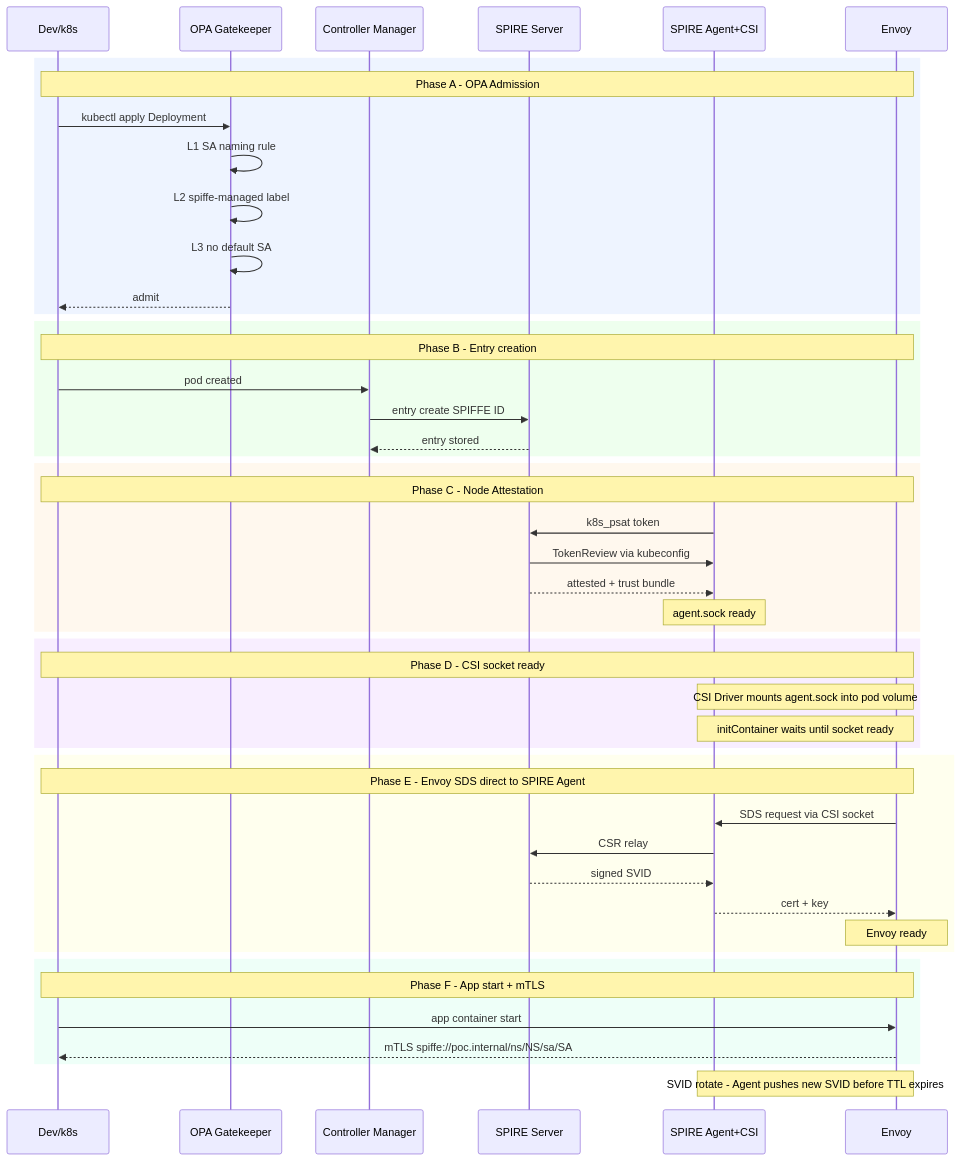
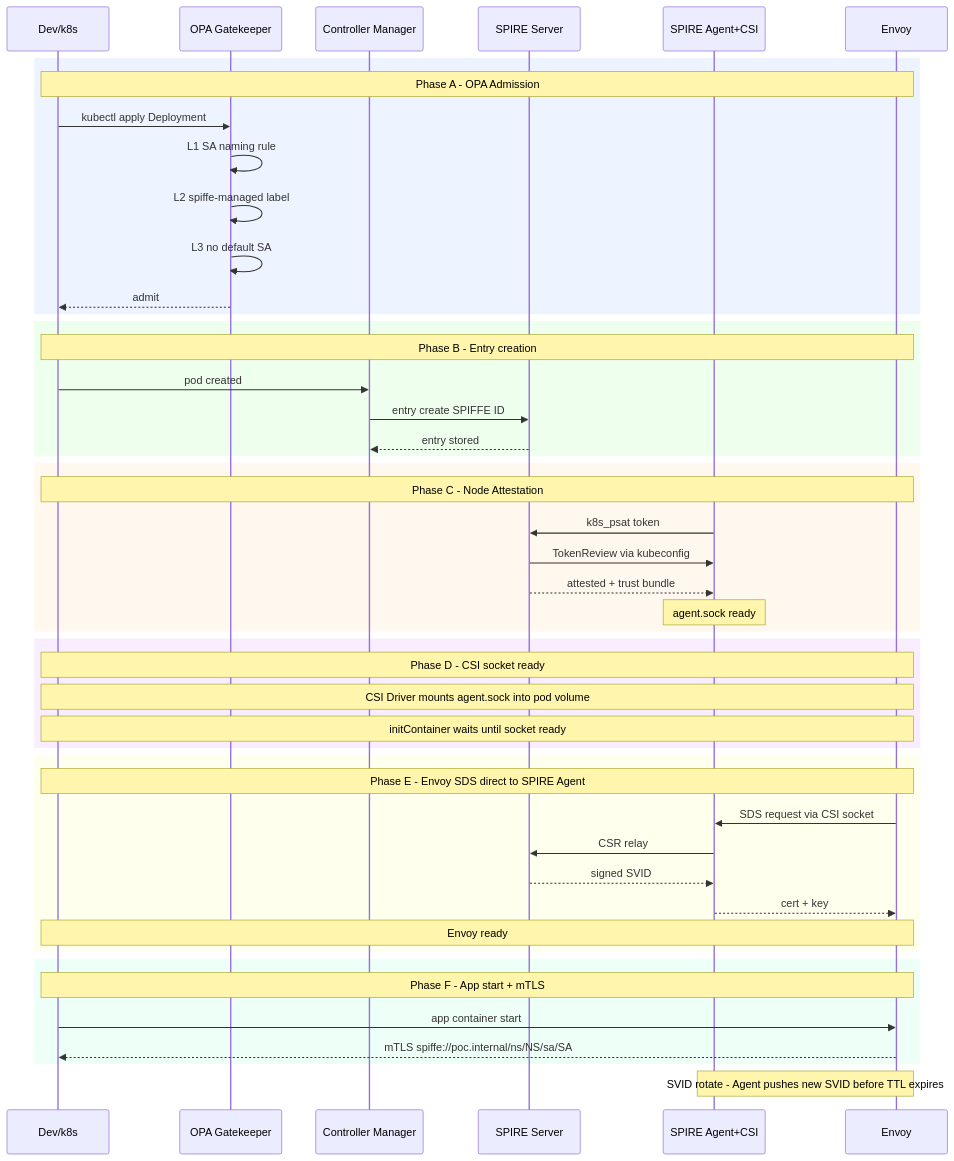
The diagram in docs/spire-istio-poc-summary.md (benchen149/kind-spire-istio-poc), drawn with Mermaid before and after one commit.

Commit message:
docs: fix right-side Note overflow by spanning full Dev,EN width

````diff
--- a/docs/spire-istio-poc-summary.md
+++ b/docs/spire-istio-poc-summary.md
@@ -99,56 +99,56 @@
 ```mermaid
 sequenceDiagram
     participant Dev as Dev/k8s
     participant OPA as OPA Gatekeeper
     participant CM  as Controller Manager
     participant SS  as SPIRE Server
     participant SA  as SPIRE Agent+CSI
     participant EN  as Envoy
 
     rect rgb(238, 244, 255)
         Note over Dev,EN: Phase A - OPA Admission
         Dev->>OPA: kubectl apply Deployment
         OPA->>OPA: L1 SA naming rule
         OPA->>OPA: L2 spiffe-managed label
         OPA->>OPA: L3 no default SA
         OPA-->>Dev: admit
     end
 
     rect rgb(238, 255, 238)
         Note over Dev,EN: Phase B - Entry creation
         Dev->>CM: pod created
         CM->>SS: entry create SPIFFE ID
         SS-->>CM: entry stored
     end
 
     rect rgb(255, 248, 238)
         Note over Dev,EN: Phase C - Node Attestation
         SA->>SS: k8s_psat token
         SS->>SA: TokenReview via kubeconfig
         SS-->>SA: attested + trust bundle
         Note over SA: agent.sock ready
     end
 
     rect rgb(248, 238, 255)
         Note over Dev,EN: Phase D - CSI socket ready
-        Note over SA,EN: CSI Driver mounts agent.sock into pod volume
-        Note over SA,EN: initContainer waits until socket ready
+        Note over Dev,EN: CSI Driver mounts agent.sock into pod volume
+        Note over Dev,EN: initContainer waits until socket ready
     end
 
     rect rgb(255, 255, 238)
         Note over Dev,EN: Phase E - Envoy SDS direct to SPIRE Agent
         EN->>SA: SDS request via CSI socket
         SA->>SS: CSR relay
         SS-->>SA: signed SVID
         SA-->>EN: cert + key
-        Note over EN: Envoy ready
+        Note over Dev,EN: Envoy ready
     end
 
     rect rgb(238, 255, 248)
         Note over Dev,EN: Phase F - App start + mTLS
         Dev->>EN: app container start
         EN-->>Dev: mTLS spiffe://poc.internal/ns/NS/sa/SA
     end
 
     Note over SA,EN: SVID rotate - Agent pushes new SVID before TTL expires
 ```
````
